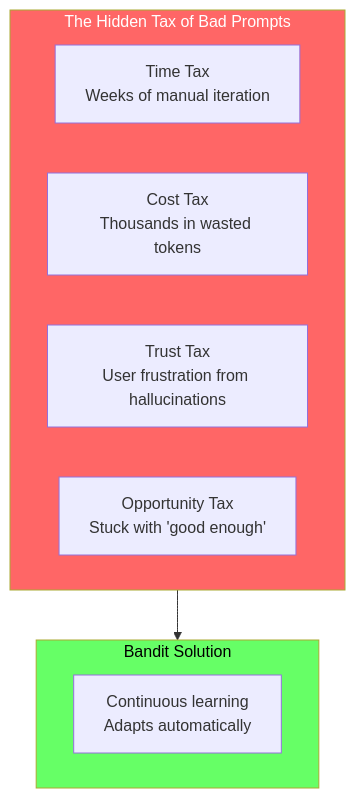
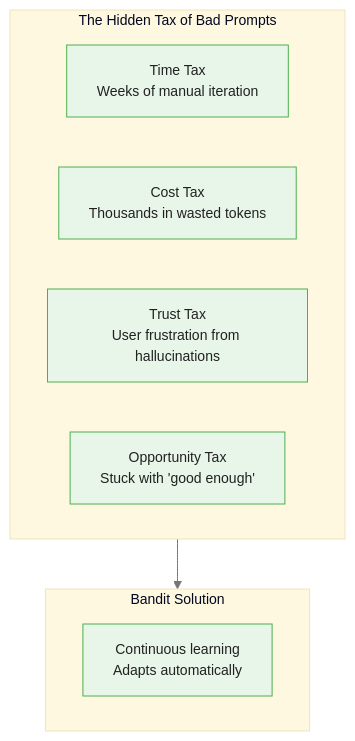
Before and after one commit to m-deane/course-creator: the first of 4 diagrams in courses/multi-armed-bandits-ab-testing/modules/module_08_prompt_routing_bandits/guides/01_prompt_routing_fundamentals_slides.md, drawn with Mermaid. The commit also changed other lines of this file and 146 other files, not shown here.

````diff
--- a/courses/multi-armed-bandits-ab-testing/modules/module_08_prompt_routing_bandits/guides/01_prompt_routing_fundamentals_slides.md
+++ b/courses/multi-armed-bandits-ab-testing/modules/module_08_prompt_routing_bandits/guides/01_prompt_routing_fundamentals_slides.md
@@ -31,18 +38,16 @@
 ```mermaid
+%%{init: {"theme": "base", "themeVariables": {"primaryColor": "#e8f5e9", "primaryBorderColor": "#4caf50", "primaryTextColor": "#212121", "secondaryColor": "#e3f2fd", "tertiaryColor": "#fff8e1", "lineColor": "#757575", "fontFamily": "Inter, sans-serif", "fontSize": "14px"}}}%%
 flowchart TD
     subgraph Tax["The Hidden Tax of Bad Prompts"]
         T1["Time Tax<br/>Weeks of manual iteration"]
         T2["Cost Tax<br/>Thousands in wasted tokens"]
         T3["Trust Tax<br/>User frustration from hallucinations"]
         T4["Opportunity Tax<br/>Stuck with 'good enough'"]
     end
 
     subgraph Fix["Bandit Solution"]
         F1["Continuous learning<br/>Adapts automatically"]
     end
 
     Tax --> Fix
-
-    style Tax fill:#f66,color:#fff
-    style Fix fill:#6f6,color:#000
 ```
````
